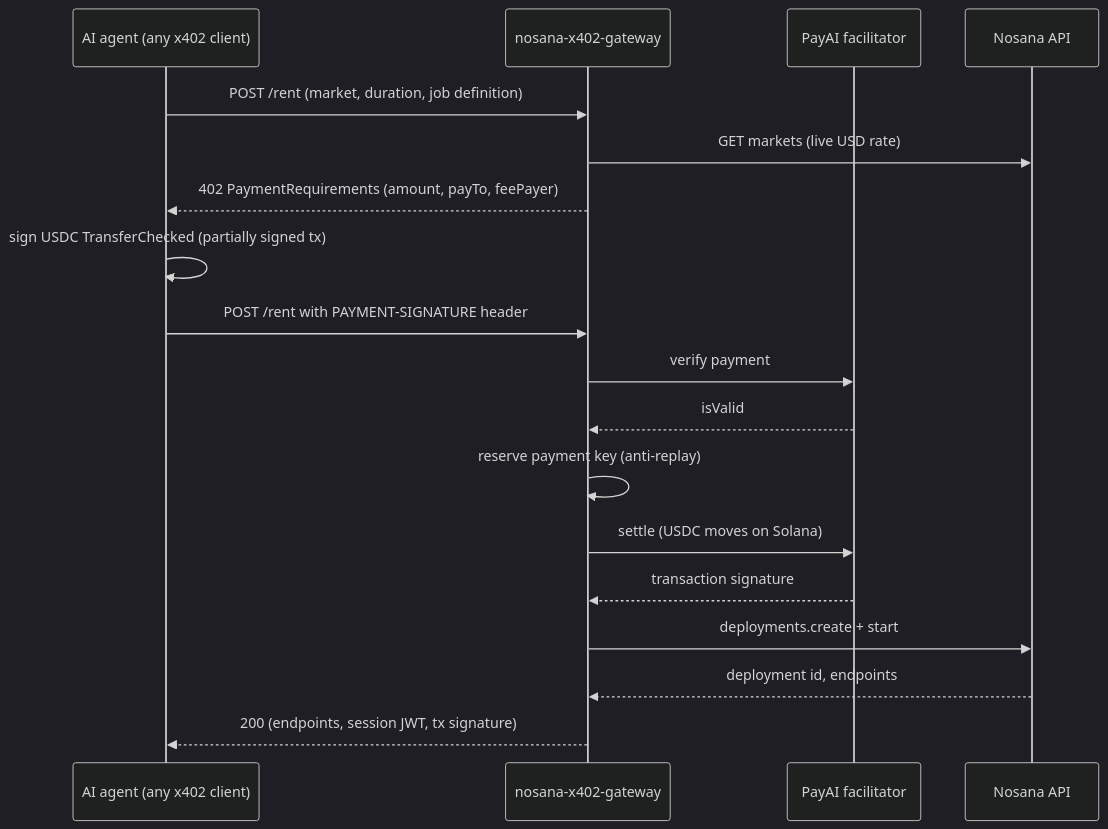
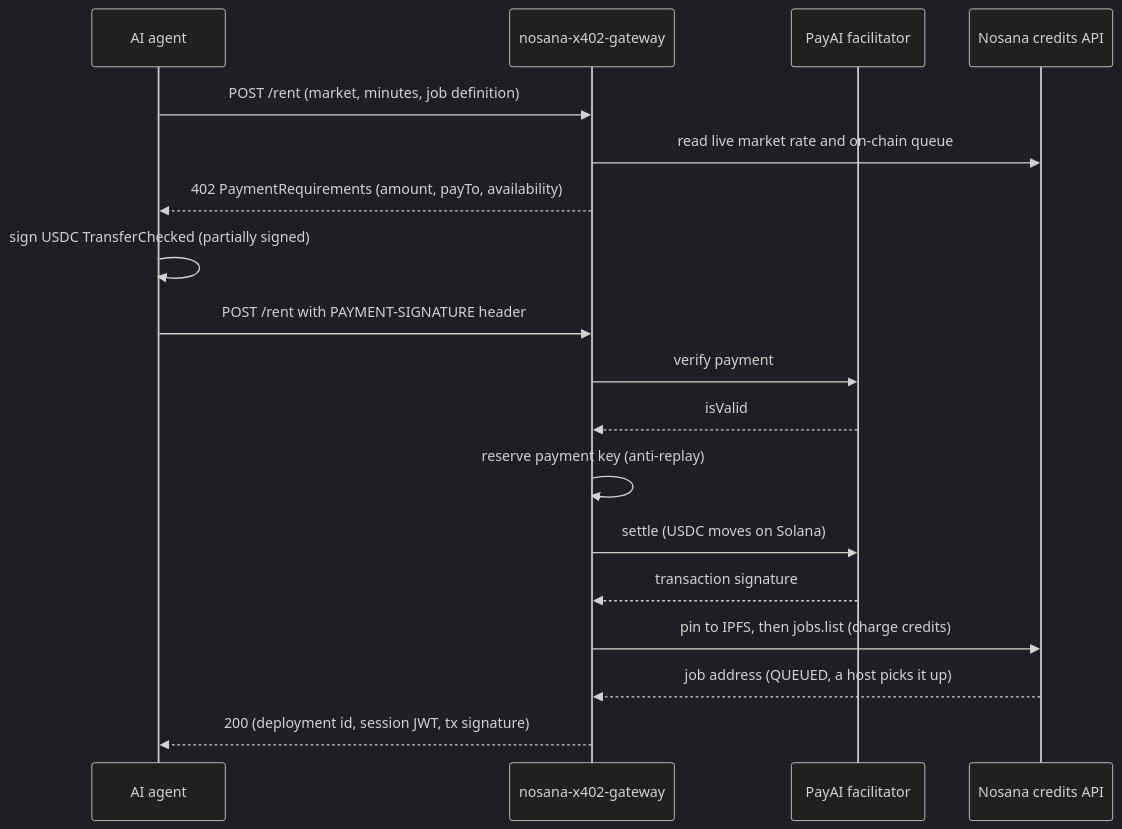
One commit to Andy00L/nosana-x402-gateway changed the first of 2 diagrams in README.md. Above: the diagram before and after it, drawn with Mermaid (dark theme). The commit also changed other lines of this file and 3 other files, not shown here.

Commit message:
docs: rewrite README with mainnet sign-off evidence and flow/integration visuals

````diff
--- a/README.md
+++ b/README.md
@@ -83,21 +95,21 @@
 ```mermaid
 sequenceDiagram
-    participant Agent as AI agent (any x402 client)
+    participant Agent as AI agent
     participant GW as nosana-x402-gateway
     participant Fac as PayAI facilitator
-    participant Nos as Nosana API
+    participant Nos as Nosana credits API
 
-    Agent->>GW: POST /rent (market, duration, job definition)
-    GW->>Nos: GET markets (live USD rate)
-    GW-->>Agent: 402 PaymentRequirements (amount, payTo, feePayer)
-    Agent->>Agent: sign USDC TransferChecked (partially signed tx)
+    Agent->>GW: POST /rent (market, minutes, job definition)
+    GW->>Nos: read live market rate and on-chain queue
+    GW-->>Agent: 402 PaymentRequirements (amount, payTo, availability)
+    Agent->>Agent: sign USDC TransferChecked (partially signed)
     Agent->>GW: POST /rent with PAYMENT-SIGNATURE header
     GW->>Fac: verify payment
     Fac-->>GW: isValid
     GW->>GW: reserve payment key (anti-replay)
     GW->>Fac: settle (USDC moves on Solana)
     Fac-->>GW: transaction signature
-    GW->>Nos: deployments.create + start
-    Nos-->>GW: deployment id, endpoints
-    GW-->>Agent: 200 (endpoints, session JWT, tx signature)
+    GW->>Nos: pin to IPFS, then jobs.list (charge credits)
+    Nos-->>GW: job address (QUEUED, a host picks it up)
+    GW-->>Agent: 200 (deployment id, session JWT, tx signature)
 ```
````
